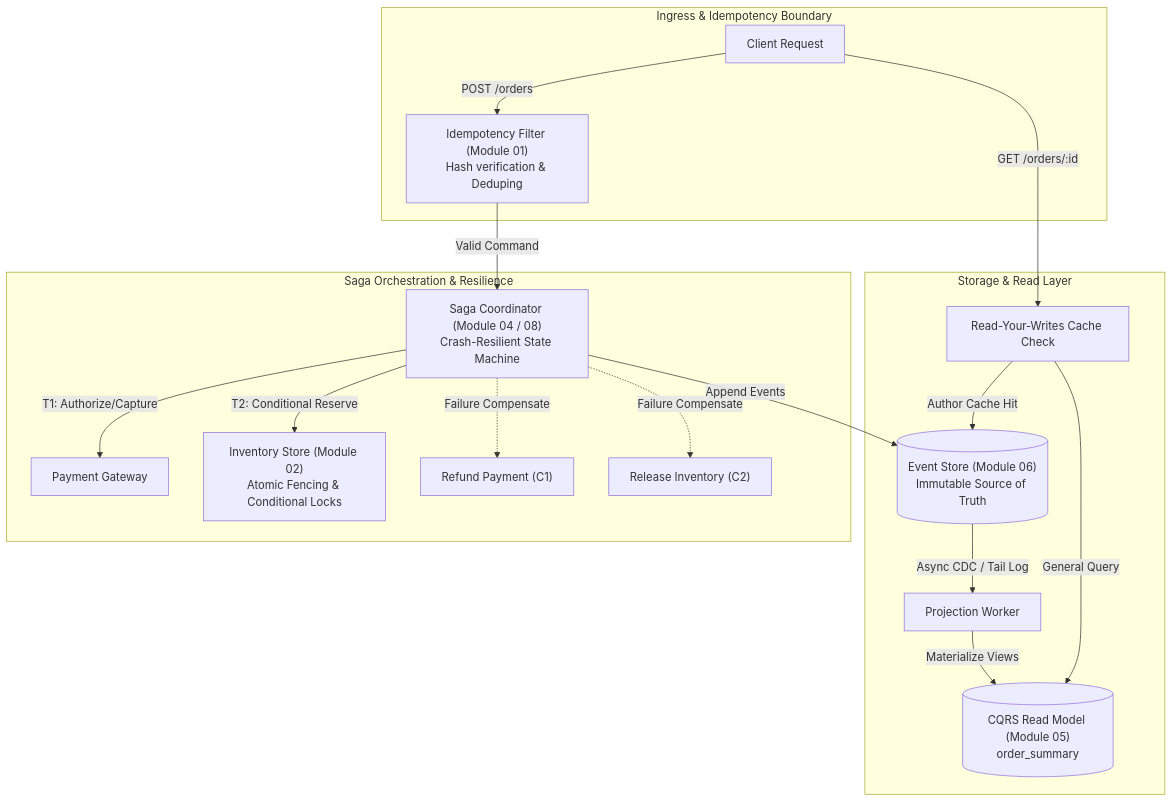
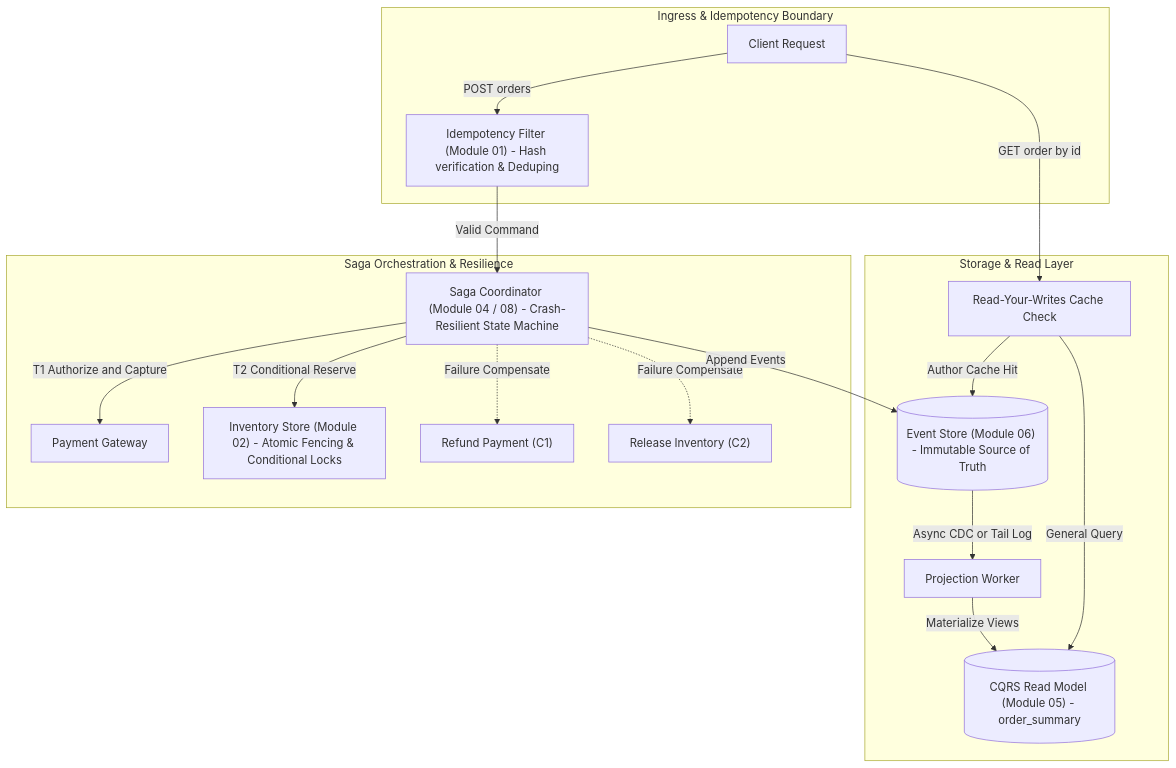
One commit to TapanKumarBarik/Backend-roadmap changed the second of 4 diagrams in content/backend/10-distributed-systems-patterns/09-capstone-project/README.md. Above: the diagram before and after it, drawn with Mermaid. The commit also changed other lines of this file and 3 other files, not shown here.

````diff
--- a/content/backend/10-distributed-systems-patterns/09-capstone-project/README.md
+++ b/content/backend/10-distributed-systems-patterns/09-capstone-project/README.md
@@ -42,23 +46,23 @@
 ```mermaid
 flowchart TD
     subgraph Ingress["Ingress & Idempotency Boundary"]
-        C["Client Request"] -->|POST /orders| IKey["Idempotency Filter (Module 01)<br/>Hash verification & Deduping"]
+        C["Client Request"] -->|POST orders| IKey["Idempotency Filter (Module 01) - Hash verification & Deduping"]
     end
 
     subgraph Coordination["Saga Orchestration & Resilience"]
-        IKey -->|Valid Command| SO["Saga Coordinator (Module 04 / 08)<br/>Crash-Resilient State Machine"]
-        SO -->|T1: Authorize/Capture| PS["Payment Gateway"]
-        SO -->|T2: Conditional Reserve| IS["Inventory Store (Module 02)<br/>Atomic Fencing & Conditional Locks"]
+        IKey -->|Valid Command| SO["Saga Coordinator (Module 04 / 08) - Crash-Resilient State Machine"]
+        SO -->|T1 Authorize and Capture| PS["Payment Gateway"]
+        SO -->|T2 Conditional Reserve| IS["Inventory Store (Module 02) - Atomic Fencing & Conditional Locks"]
         SO -. Failure Compensate .-> C1["Refund Payment (C1)"]
         SO -. Failure Compensate .-> C2["Release Inventory (C2)"]
     end
 
     subgraph Persistence["Storage & Read Layer"]
-        SO -->|Append Events| ES[("Event Store (Module 06)<br/>Immutable Source of Truth")]
-        ES -->|Async CDC / Tail Log| PRJ["Projection Worker"]
-        PRJ -->|Materialize Views| RM[("CQRS Read Model (Module 05)<br/>order_summary")]
-        C -->|GET /orders/:id| RYW["Read-Your-Writes Cache Check"]
+        SO -->|Append Events| ES[("Event Store (Module 06) - Immutable Source of Truth")]
+        ES -->|Async CDC or Tail Log| PRJ["Projection Worker"]
+        PRJ -->|Materialize Views| RM[("CQRS Read Model (Module 05) - order_summary")]
+        C -->|GET order by id| RYW["Read-Your-Writes Cache Check"]
         RYW -->|Author Cache Hit| ES
         RYW -->|General Query| RM
     end
 ```
````
